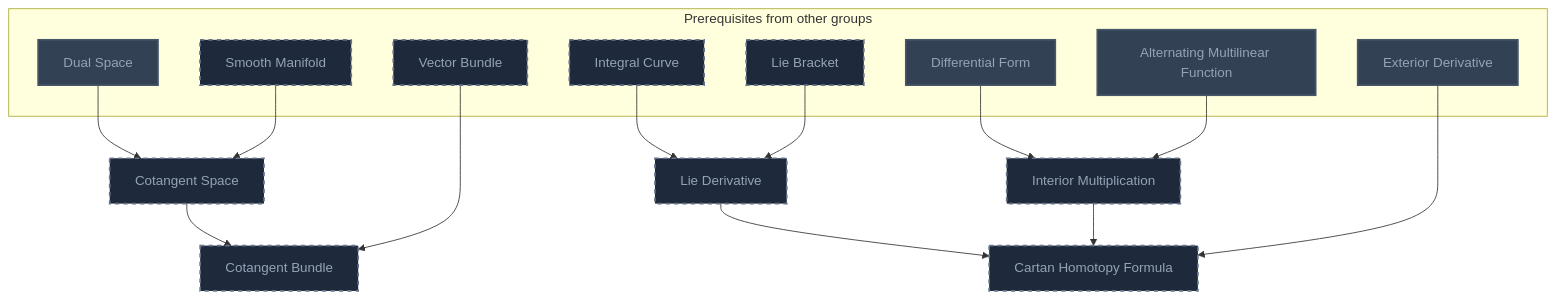
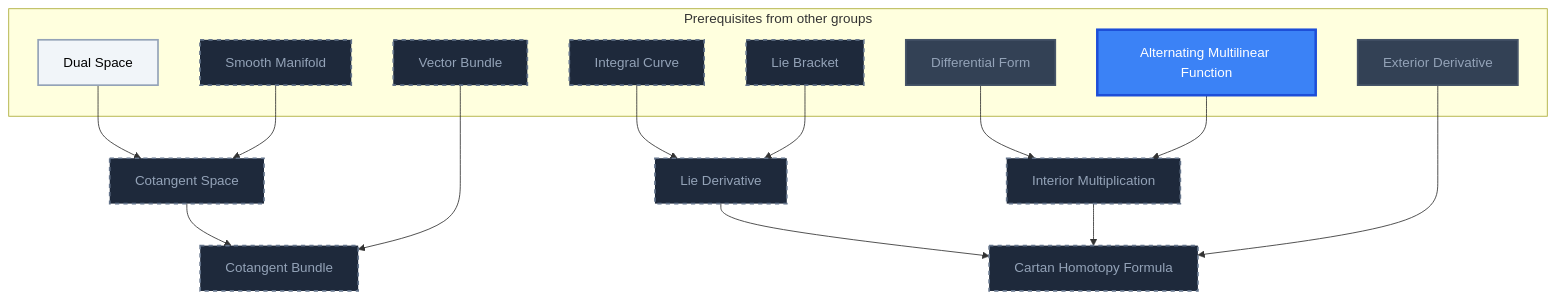
Diagram 16 of 21 in Gamification/Skill Trees/Differential Geometry.md (MRauf1/My-Notes), drawn with Mermaid before and after one commit. The commit also changed other lines of this file and 57 other files, not shown here.

````diff
--- a/Gamification/Skill Trees/Differential Geometry.md
+++ b/Gamification/Skill Trees/Differential Geometry.md
@@ -1110,41 +1114,43 @@
 ```mermaid
 flowchart TD
     classDef planned fill:#1E293B,stroke:#64748B,stroke-width:2px,stroke-dasharray:5 5,color:#94A3B8;
     classDef locked fill:#334155,stroke:#475569,stroke-width:2px,color:#94A3B8;
     classDef L0 fill:#F1F5F9,stroke:#94A3B8,stroke-width:2px,color:#000000;
     classDef L1 fill:#22C55E,stroke:#15803D,stroke-width:2px,color:#000000;
     classDef L2 fill:#3B82F6,stroke:#1D4ED8,stroke-width:3px,color:#FFFFFF;
     classDef L3 fill:#A855F7,stroke:#6B21A8,stroke-width:3px,color:#FFFFFF,font-weight:bold;
     classDef L4 fill:#F97316,stroke:#C2410C,stroke-width:4px,color:#000000,font-weight:bold;
     classDef L5 fill:#FFD700,stroke:#FF8C00,stroke-width:5px,color:#000000,font-weight:bold;
     classDef rusty stroke:#8B4513,stroke-width:4px,stroke-dasharray:3 3;
     subgraph sg_prereqs["Prerequisites from other groups"]
         n_dual_space["Dual Space"]
         n_smooth_manifold["Smooth Manifold"]
         n_vector_bundle["Vector Bundle"]
         n_integral_curve["Integral Curve"]
         n_lie_bracket["Lie Bracket"]
         n_differential_form["Differential Form"]
         n_alternating_multilinear_function["Alternating Multilinear Function"]
         n_exterior_derivative["Exterior Derivative"]
     end
     n_cotangent_space["Cotangent Space"]
     n_cotangent_bundle["Cotangent Bundle"]
     n_lie_derivative["Lie Derivative"]
     n_interior_multiplication["Interior Multiplication"]
     n_cartan_homotopy_formula["Cartan Homotopy Formula"]
     n_dual_space --> n_cotangent_space
     n_smooth_manifold --> n_cotangent_space
     n_cotangent_space --> n_cotangent_bundle
     n_vector_bundle --> n_cotangent_bundle
     n_integral_curve --> n_lie_derivative
     n_lie_bracket --> n_lie_derivative
     n_differential_form --> n_interior_multiplication
     n_alternating_multilinear_function --> n_interior_multiplication
     n_lie_derivative --> n_cartan_homotopy_formula
     n_interior_multiplication --> n_cartan_homotopy_formula
     n_exterior_derivative --> n_cartan_homotopy_formula
     class n_smooth_manifold,n_vector_bundle,n_integral_curve,n_lie_bracket,n_cotangent_space,n_cotangent_bundle,n_lie_derivative,n_interior_multiplication,n_cartan_homotopy_formula planned;
-    class n_dual_space,n_differential_form,n_alternating_multilinear_function,n_exterior_derivative locked;
+    class n_differential_form,n_exterior_derivative locked;
+    class n_dual_space L0;
+    class n_alternating_multilinear_function L2;
     class n_dual_space,n_differential_form,n_alternating_multilinear_function,n_exterior_derivative internal-link;
 ```
````
